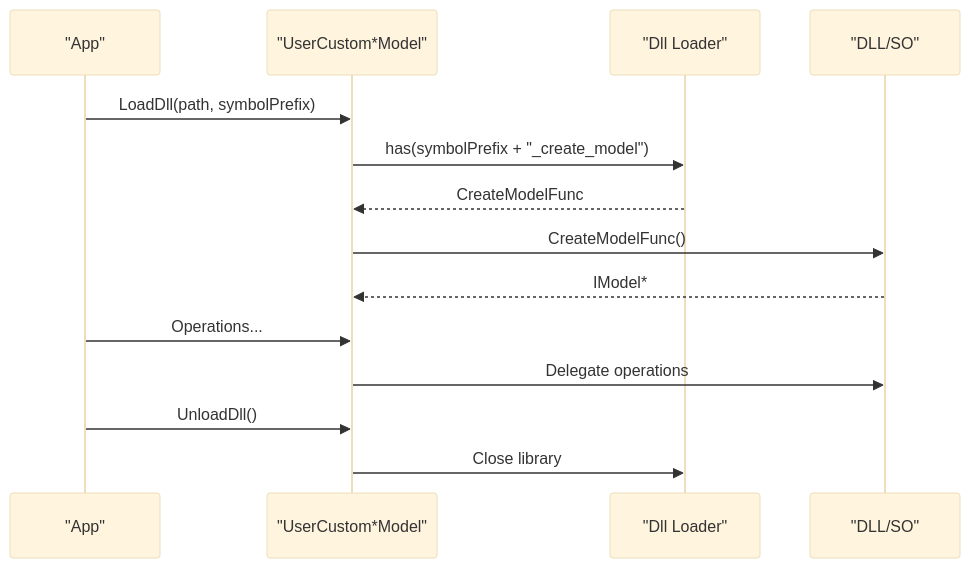
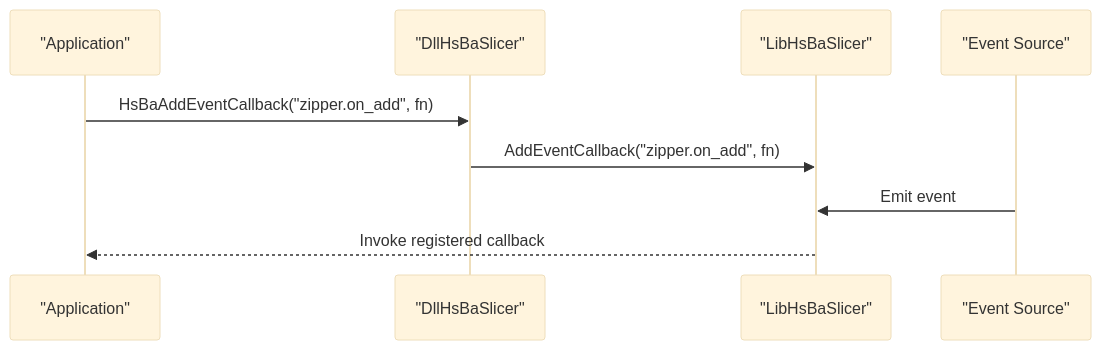
One commit to hsmbanlance/HsBaSlicer changed the ninth of 11 diagrams in .qoder/repowiki/en/content/Extension Development/Extension Development.md. Above: the diagram before and after it, drawn with Mermaid (base theme). The commit also changed other lines of this file and 1095 other files, not shown here.

````diff
--- a/.qoder/repowiki/en/content/Extension Development/Extension Development.md
+++ b/.qoder/repowiki/en/content/Extension Development/Extension Development.md
@@ -337,16 +417,11 @@
 ```mermaid
 sequenceDiagram
-participant App as "App"
-participant Adapter as "UserCustom*Model"
-participant Loader as "Dll Loader"
-participant Plugin as "DLL/SO"
-App->>Adapter : LoadDll(path, symbolPrefix)
-Adapter->>Loader : has(symbolPrefix + "_create_model")
-Loader-->>Adapter : CreateModelFunc
-Adapter->>Plugin : CreateModelFunc()
-Plugin-->>Adapter : IModel*
-App->>Adapter : Operations...
-Adapter->>Plugin : Delegate operations
-App->>Adapter : UnloadDll()
-Adapter->>Loader : Close library
+participant App as "Application"
+participant Dll as "DllHsBaSlicer"
+participant Lib as "LibHsBaSlicer"
+participant Source as "Event Source"
+App->>Dll : HsBaAddEventCallback("zipper.on_add", fn)
+Dll->>Lib : AddEventCallback("zipper.on_add", fn)
+Source->>Lib : Emit event
+Lib-->>App : Invoke registered callback
 ```
````
